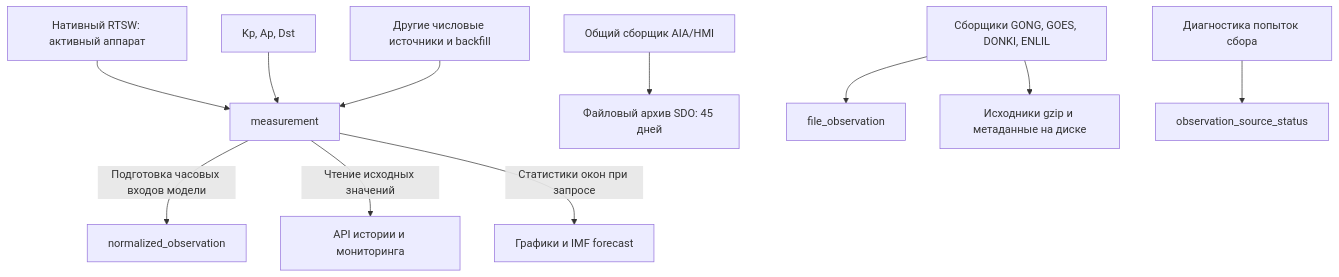
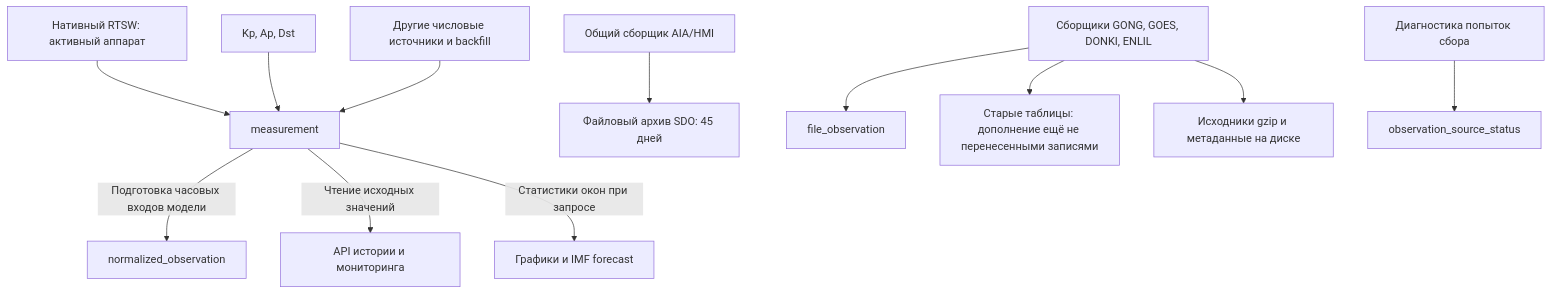
Before and after one commit to a-kryvenko/argus: the diagram in apps/clio/DATA_FLOWS.md, drawn with Mermaid. The commit also changed 31 other files, not shown here.

````diff
--- a/apps/clio/DATA_FLOWS.md
+++ b/apps/clio/DATA_FLOWS.md
@@ -3,13 +3,14 @@
 ```mermaid
 flowchart TD
     wind[Нативный RTSW: активный аппарат] --> measurement
     geo[Kp, Ap, Dst] --> measurement
     collectors[Другие числовые источники и backfill] --> measurement
     measurement -->|Подготовка часовых входов модели| normalized_observation
     measurement -->|Чтение исходных значений| api[API истории и мониторинга]
     measurement -->|Статистики окон при запросе| charts[Графики и IMF forecast]
     sdo[Общий сборщик AIA/HMI] --> archive[Файловый архив SDO: 45 дней]
     files[Сборщики GONG, GOES, DONKI, ENLIL] --> file_observation
+    files --> legacy[Старые таблицы: дополнение ещё не перенесенными записями]
     files --> originals[Исходники gzip и метаданные на диске]
     monitoring[Диагностика попыток сбора] --> observation_source_status
 ```
````
